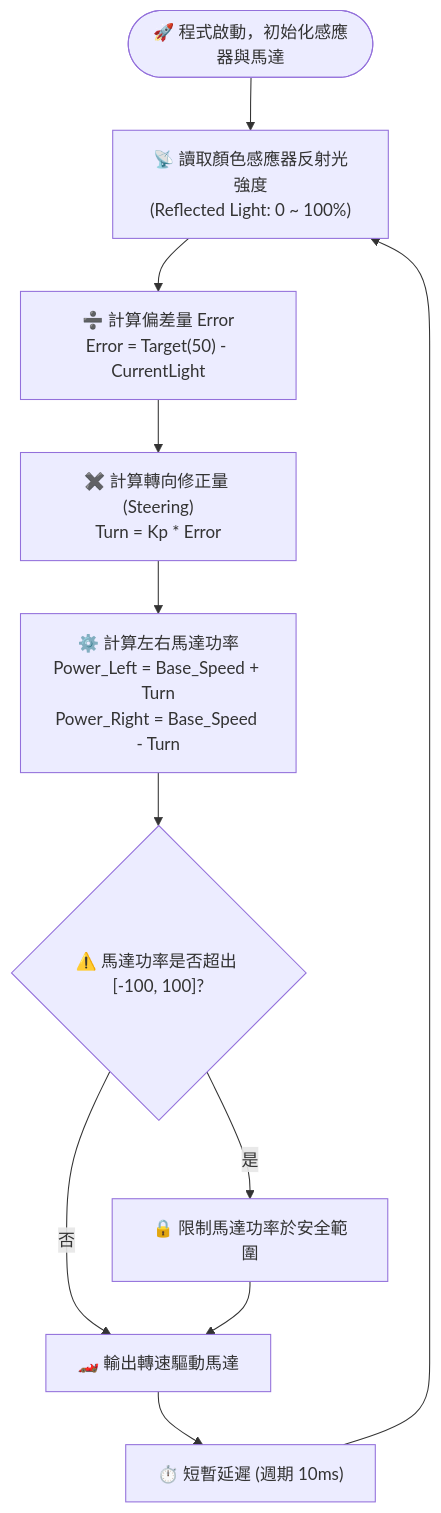
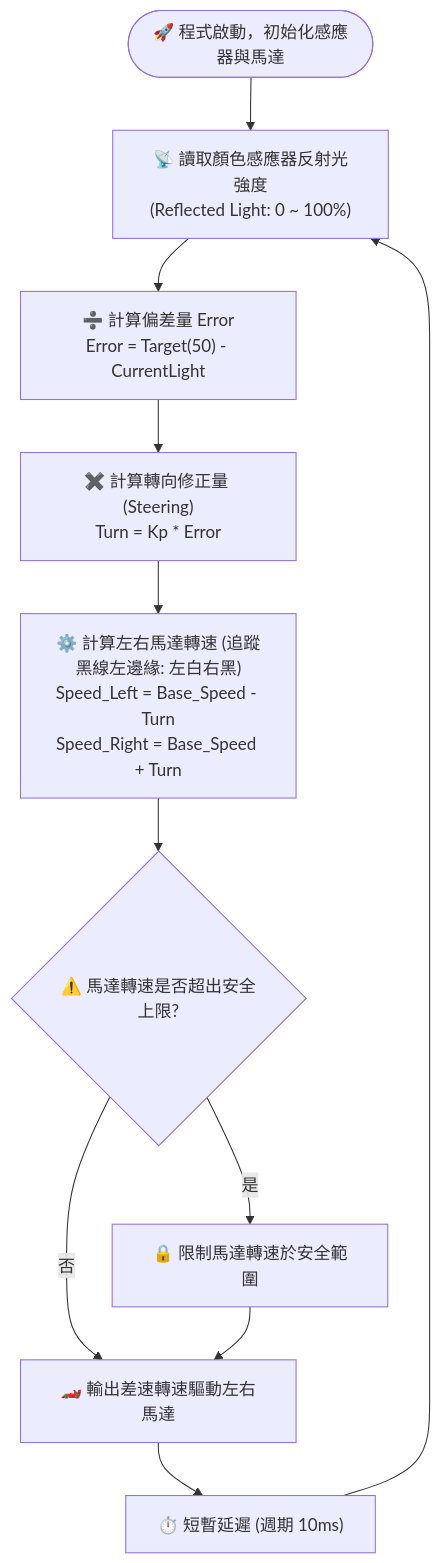
The fifth of 8 diagrams in ev3/ev3_color_sensor_principles.md (joelhoty/onclassbyJoel), drawn with Mermaid before and after one commit. The commit also changed other lines of this file and 5 other files, not shown here.

````diff
--- a/ev3/ev3_color_sensor_principles.md
+++ b/ev3/ev3_color_sensor_principles.md
@@ -263,13 +348,13 @@
 ```mermaid
 flowchart TD
     Start(["🚀 程式啟動，初始化感應器與馬達"]) --> ReadLight["📡 讀取顏色感應器反射光強度<br>(Reflected Light: 0 ~ 100%)"]
     ReadLight --> CalcError["➗ 計算偏差量 Error<br>Error = Target(50) - CurrentLight"]
     CalcError --> CalcP["✖️ 計算轉向修正量 (Steering)<br>Turn = Kp * Error"]
-    CalcP --> CalcMotors["⚙️ 計算左右馬達功率<br>Power_Left = Base_Speed + Turn<br>Power_Right = Base_Speed - Turn"]
-    CalcMotors --> LimitCheck{"⚠️ 馬達功率是否超出 [-100, 100]?"}
-    LimitCheck -- 是 --> Clamp["🔒 限制馬達功率於安全範圍"]
-    LimitCheck -- 否 --> OutputMotor["🏎️ 輸出轉速驅動馬達"]
+    CalcP --> CalcMotors["⚙️ 計算左右馬達轉速 (追蹤黑線左邊緣: 左白右黑)<br>Speed_Left = Base_Speed - Turn<br>Speed_Right = Base_Speed + Turn"]
+    CalcMotors --> LimitCheck{"⚠️ 馬達轉速是否超出安全上限?"}
+    LimitCheck -- 是 --> Clamp["🔒 限制馬達轉速於安全範圍"]
+    LimitCheck -- 否 --> OutputMotor["🏎️ 輸出差速轉速驅動左右馬達"]
     Clamp --> OutputMotor
     OutputMotor --> Delay["⏱️ 短暫延遲 (週期 10ms)"]
     Delay --> ReadLight
 ```
````
